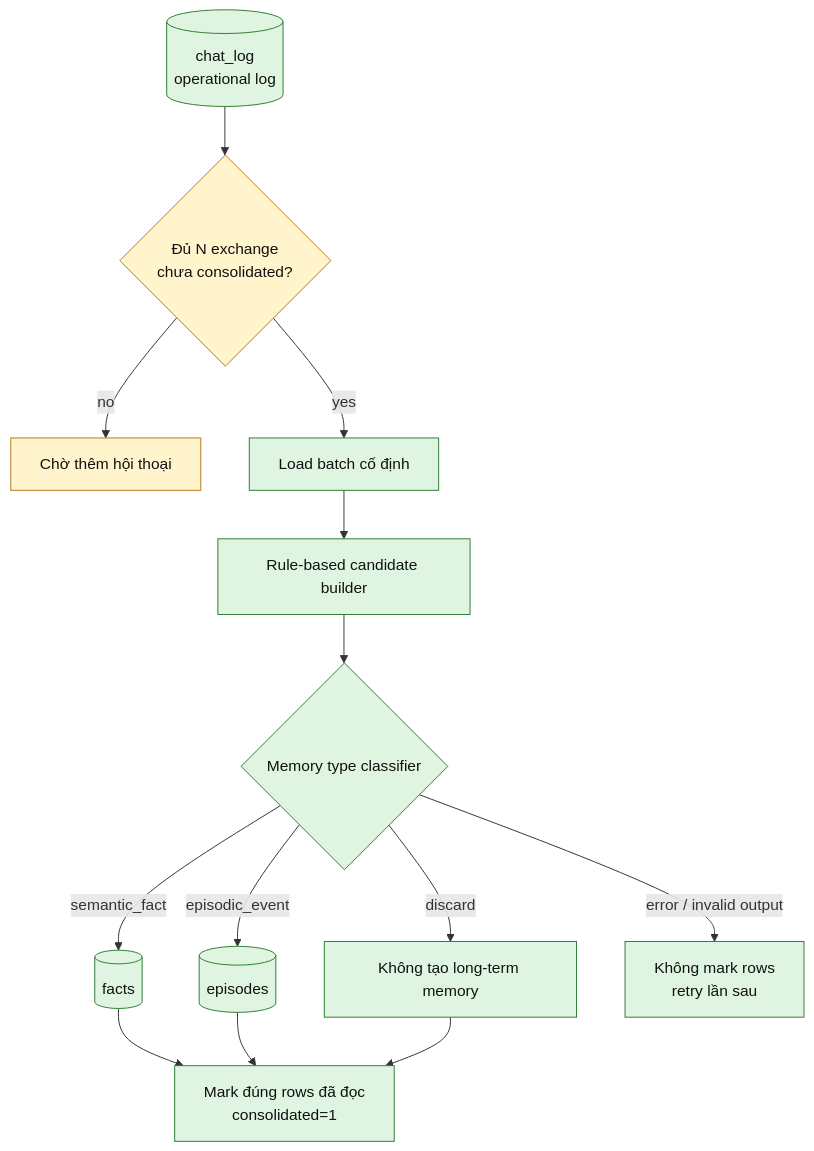
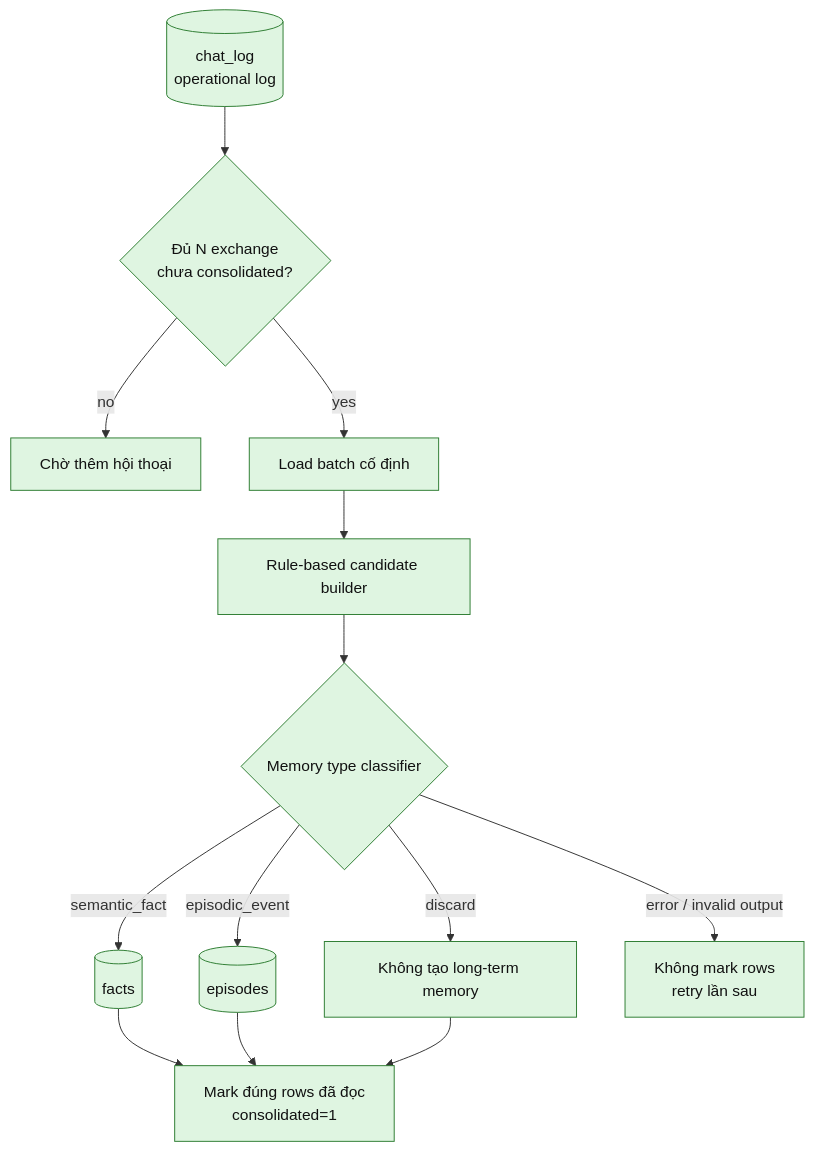
The fifth of 7 diagrams in docs/memory/chat-memory-architecture-flow.md (LuongAnh1/Niko_Agent), drawn with Mermaid before and after one commit. The commit also changed other lines of this file and 15 other files, not shown here.

````diff
--- a/docs/memory/chat-memory-architecture-flow.md
+++ b/docs/memory/chat-memory-architecture-flow.md
@@ -208,21 +208,20 @@
 ```mermaid
 flowchart TB
     ChatLog[(chat_log<br/>operational log)] --> Threshold{Đủ N exchange<br/>chưa consolidated?}
     Threshold -->|no| Wait[Chờ thêm hội thoại]
     Threshold -->|yes| Batch[Load batch cố định]
     Batch --> CandidateBuilder[Rule-based candidate builder]
     CandidateBuilder --> Classifier{Memory type classifier}
     Classifier -->|semantic_fact| Facts[(facts)]
     Classifier -->|episodic_event| Episodes[(episodes)]
     Classifier -->|discard| NoMemory[Không tạo long-term memory]
     Facts --> Mark[Mark đúng rows đã đọc<br/>consolidated=1]
     Episodes --> Mark
     NoMemory --> Mark
     Classifier -->|error / invalid output| Retry[Không mark rows<br/>retry lần sau]
 
     classDef done fill:#dff5e1,stroke:#2e7d32,color:#111;
     classDef planned fill:#fff4cc,stroke:#b7791f,color:#111;
 
-    class ChatLog,Batch,CandidateBuilder,Classifier,Facts,Episodes,NoMemory,Mark,Retry done;
-    class Threshold,Wait planned;
+    class ChatLog,Threshold,Wait,Batch,CandidateBuilder,Classifier,Facts,Episodes,NoMemory,Mark,Retry done;
 ```
````
